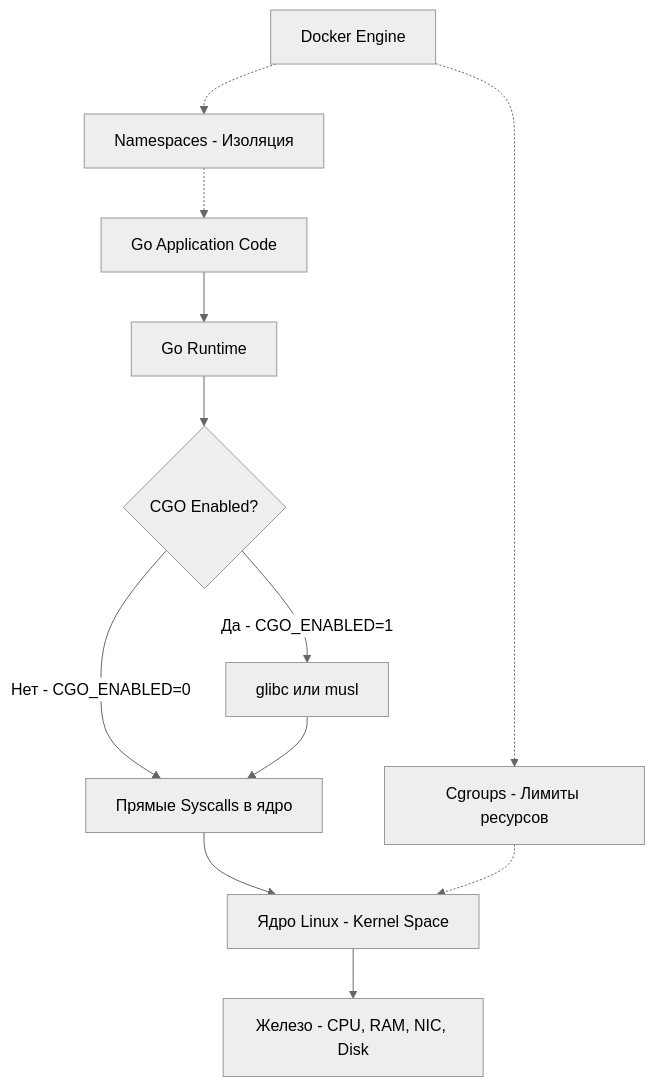
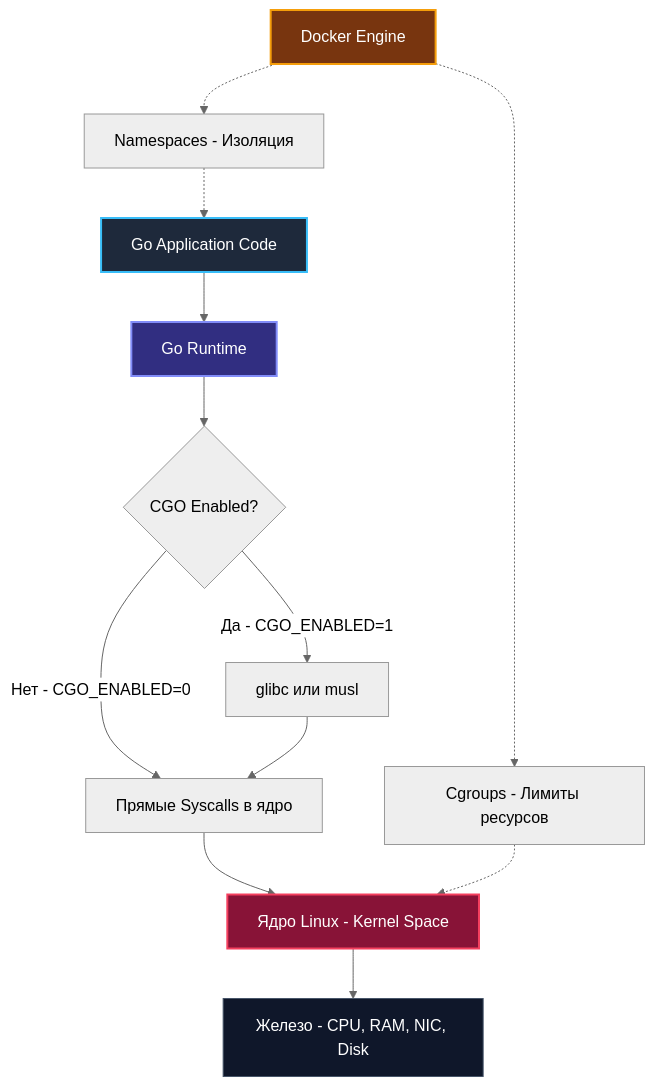
The diagram in sources/19. Инфраструктура. Linux, nginx, Docker, Kubernetes/01. Linux/1. Обзор раздела. Среда выполнения backend.md (UnrealTemplier/go-textbook), drawn with Mermaid (neutral theme) before and after one commit. The commit also changed other lines of this file, not shown here.

````diff
--- a/sources/19. Инфраструктура. Linux, nginx, Docker, Kubernetes/01. Linux/1. Обзор раздела. Среда выполнения backend.md
+++ b/sources/19. Инфраструктура. Linux, nginx, Docker, Kubernetes/01. Linux/1. Обзор раздела. Среда выполнения backend.md
@@ -29,15 +39,21 @@
 ```mermaid
 flowchart TD
     A["Go Application Code"] --> B["Go Runtime"]
     B --> C{"CGO Enabled?"}
     C -->|"Нет - CGO_ENABLED=0"| D["Прямые Syscalls в ядро"]
     C -->|"Да - CGO_ENABLED=1"| E["glibc или musl"]
     E --> D
     D --> F["Ядро Linux - Kernel Space"]
     F --> G["Железо - CPU, RAM, NIC, Disk"]
     
     H["Docker Engine"] -.-> I["Namespaces - Изоляция"]
     H -.-> J["Cgroups - Лимиты ресурсов"]
     I -.-> A
     J -.-> F
+
+    style A fill:#1e293b,stroke:#38bdf8,stroke-width:2px,color:#fff
+    style B fill:#312e81,stroke:#818cf8,stroke-width:2px,color:#fff
+    style F fill:#881337,stroke:#f43f5e,stroke-width:2px,color:#fff
+    style G fill:#0f172a,stroke:#475569,stroke-width:1px,color:#fff
+    style H fill:#78350f,stroke:#f59e0b,stroke-width:2px,color:#fff
 ```
````
